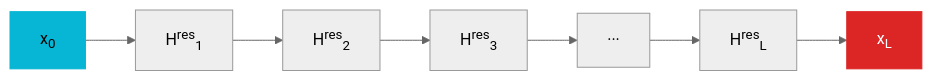
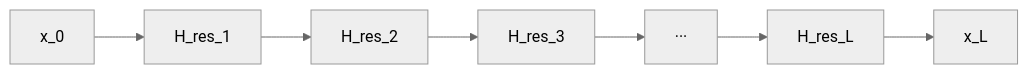
One commit to sandeeppandey456/sandeeppandey456.github.io changed the third of 9 diagrams in _posts/2026-01-06-manifold-constrained-hyper-connections.md. Above: the diagram before and after it, drawn with Mermaid (neutral theme). The commit also changed other lines of this file and 1 other file, not shown here.

```diff
--- a/_posts/2026-01-06-manifold-constrained-hyper-connections.md
+++ b/_posts/2026-01-06-manifold-constrained-hyper-connections.md
@@ -248,12 +178,9 @@
-<div class="mermaid">
+<pre class="mermaid">
 graph LR
-    x0["x<sub>0</sub>"] --> H1["H<sup>res</sup><sub>1</sub>"]
-    H1 --> H2["H<sup>res</sup><sub>2</sub>"]
-    H2 --> H3["H<sup>res</sup><sub>3</sub>"]
+    x0["x_0"] --> H1["H_res_1"]
+    H1 --> H2["H_res_2"]
+    H2 --> H3["H_res_3"]
     H3 --> dots["···"]
-    dots --> HL["H<sup>res</sup><sub>L</sub>"]
-    HL --> xL["x<sub>L</sub>"]
-    
-    style x0 fill:#06b6d4,stroke:#06b6d4,color:#000
-    style xL fill:#dc2626,stroke:#dc2626,color:#fff
-</div>
+    dots --> HL["H_res_L"]
+    HL --> xL["x_L"]
+</pre>
```
